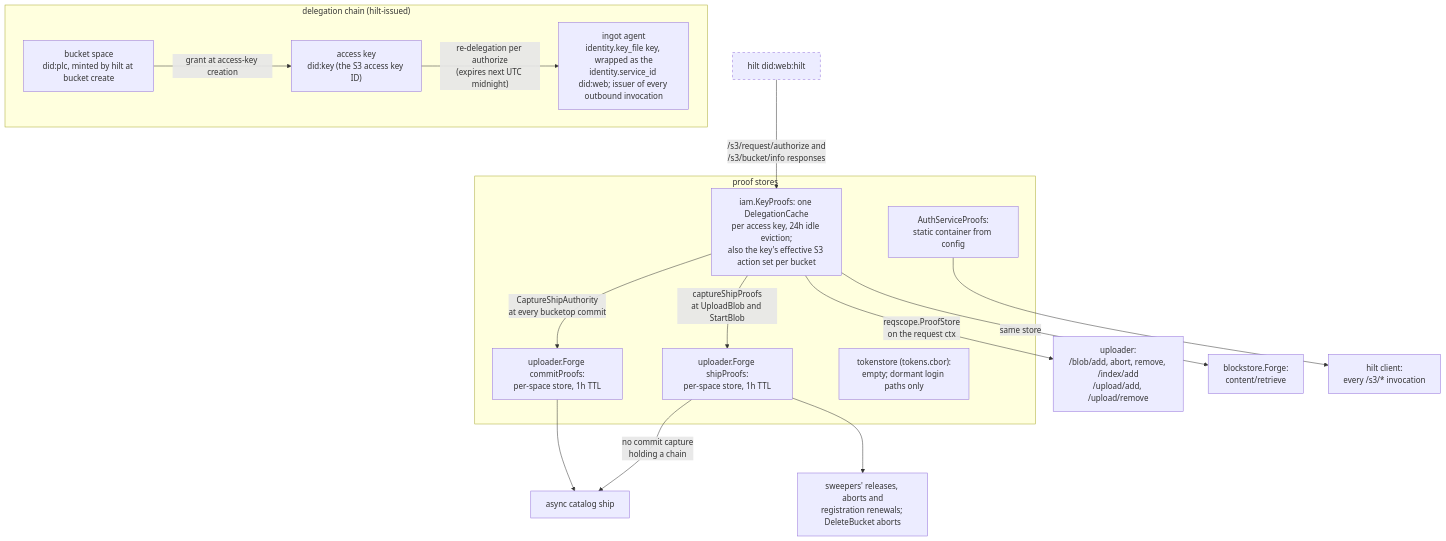
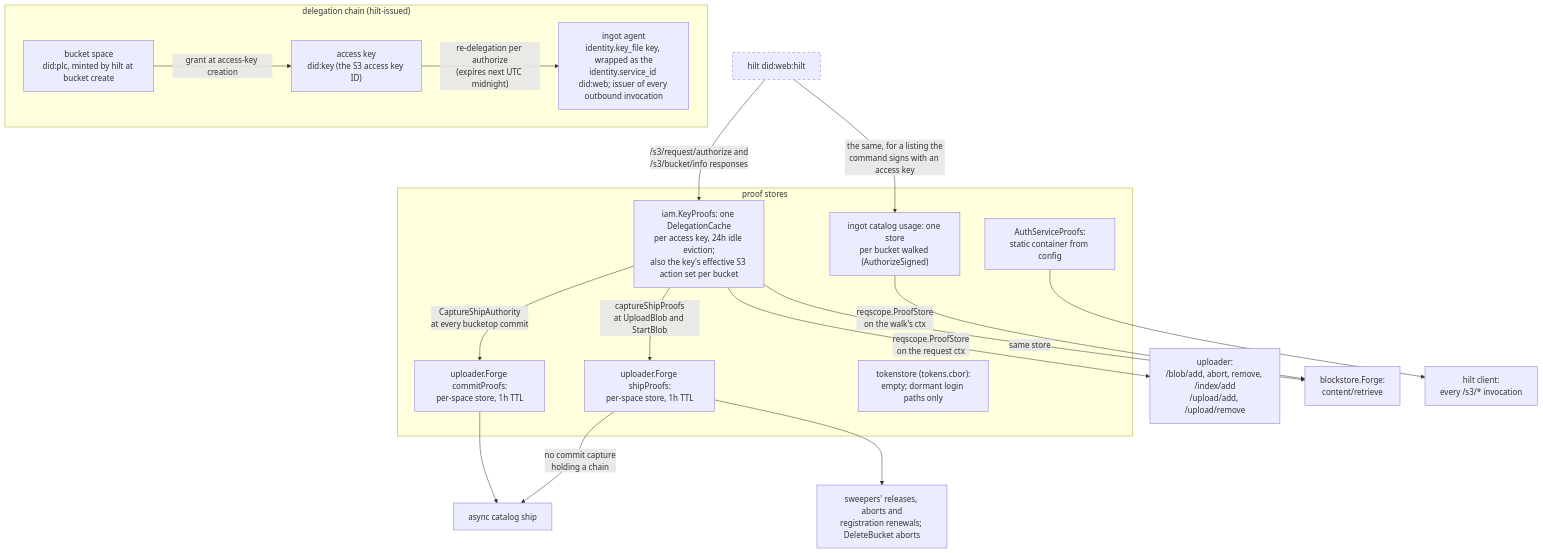
Before and after one commit to fil-forge/ingot: diagram 12 of 15 in docs/diagrams.md, drawn with Mermaid. The commit also changed other lines of this file and 20 other files, not shown here.

First line of the commit message:
Add `ingot catalog usage`: catalog bytes on Forge, dead and live (#316)

````diff
--- a/docs/diagrams.md
+++ b/docs/diagrams.md
@@ -901,32 +908,35 @@
 ```mermaid
 flowchart TB
     subgraph chain["delegation chain (hilt-issued)"]
         space["bucket space<br/>did:plc, minted by hilt at bucket create"]
         ak["access key<br/>did:key (the S3 access key ID)"]
         agent["ingot agent<br/>identity.key_file key, wrapped as the<br/>identity.service_id did:web; issuer of every outbound invocation"]
         space -->|"grant at access-key creation"| ak
         ak -->|"re-delegation per authorize<br/>(expires next UTC midnight)"| agent
     end
 
     hilt["hilt did:web:hilt"] -->|"/s3/request/authorize and<br/>/s3/bucket/info responses"| kp
+    hilt -->|"the same, for a listing the<br/>command signs with an access key"| walk
 
     subgraph stores["proof stores"]
         kp["iam.KeyProofs: one DelegationCache<br/>per access key, 24h idle eviction;<br/>also the key's effective S3 action set per bucket"]
         ship["uploader.Forge shipProofs:<br/>per-space store, 1h TTL"]
         commit["uploader.Forge commitProofs:<br/>per-space store, 1h TTL"]
         static["AuthServiceProofs:<br/>static container from config"]
+        walk["ingot catalog usage: one store<br/>per bucket walked (AuthorizeSigned)"]
         tok["tokenstore (tokens.cbor):<br/>empty; dormant login paths only"]
     end
 
     kp -->|"reqscope.ProofStore<br/>on the request ctx"| writes["uploader:<br/>/blob/add, abort, remove, /index/add<br/>/upload/add, /upload/remove"]
     kp -->|"same store"| reads["blockstore.Forge:<br/>content/retrieve"]
+    walk -->|"reqscope.ProofStore<br/>on the walk's ctx"| reads
     kp -->|"captureShipProofs<br/>at UploadBlob and StartBlob"| ship
     kp -->|"CaptureShipAuthority<br/>at every bucketop commit"| commit
     commit --> catship["async catalog ship"]
     ship -->|"no commit capture<br/>holding a chain"| catship
     ship --> async["sweepers' releases, aborts and<br/>registration renewals; DeleteBucket aborts"]
     static --> hc["hilt client:<br/>every /s3/* invocation"]
 
     classDef external stroke-dasharray: 5 5
     class hilt external
 ```
````
